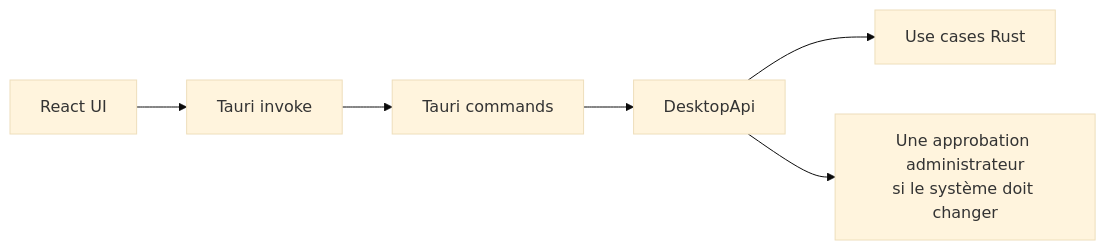
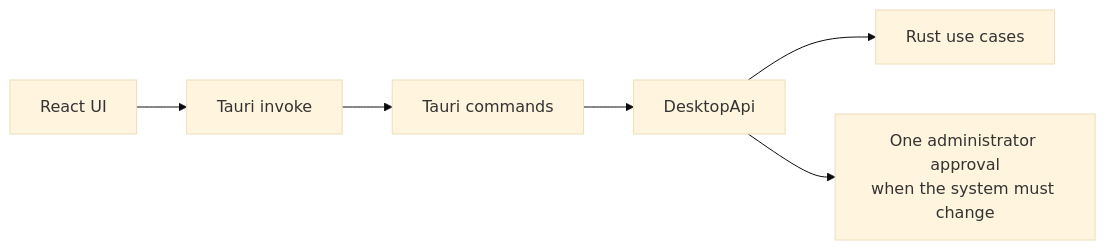
One commit to Synapsr/Localify changed the sixth of 7 diagrams in docs/localify-technical-overview.md. Above: the diagram before and after it, drawn with Mermaid (base theme). The commit also changed other lines of this file and 5 other files, not shown here.

````diff
--- a/docs/localify-technical-overview.md
+++ b/docs/localify-technical-overview.md
@@ -234,12 +281,12 @@
 ```mermaid
 flowchart LR
   React["React UI"]
   Invoke["Tauri invoke"]
   Commands["Tauri commands"]
   Api["DesktopApi"]
-  Core["Use cases Rust"]
-  Approval["Une approbation administrateur<br/>si le système doit changer"]
+  Core["Rust use cases"]
+  Approval["One administrator approval<br/>when the system must change"]
 
   React --> Invoke --> Commands --> Api --> Core
   Api --> Approval
 ```
````
